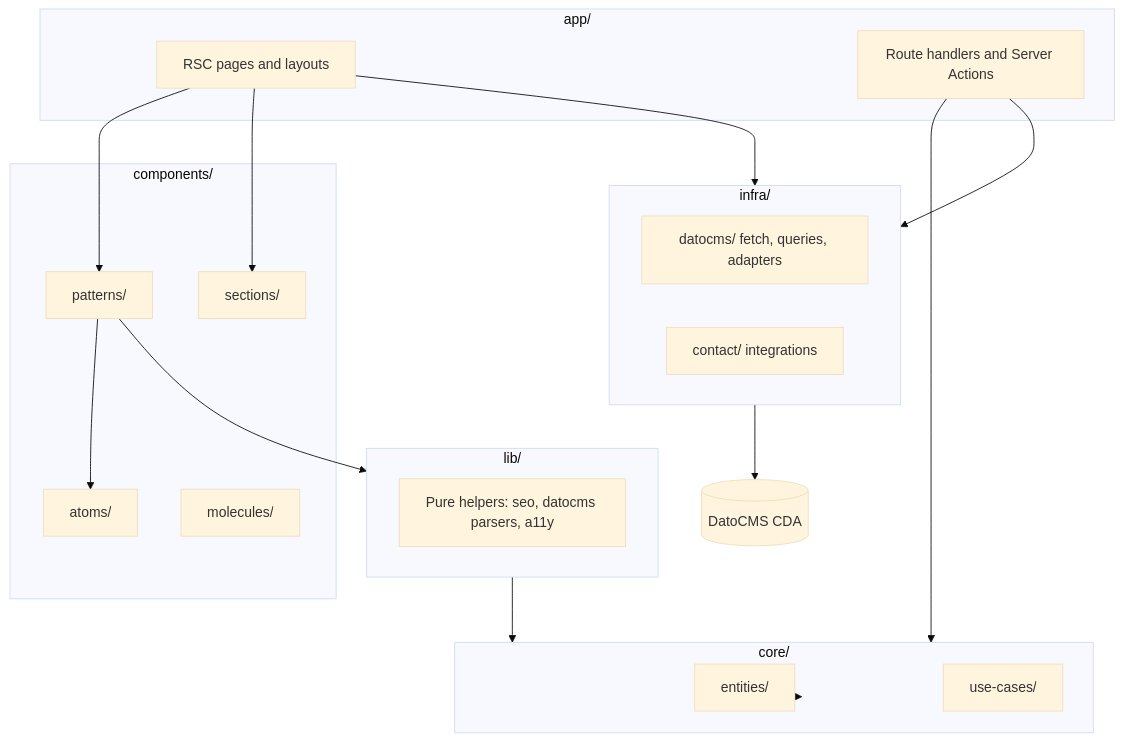
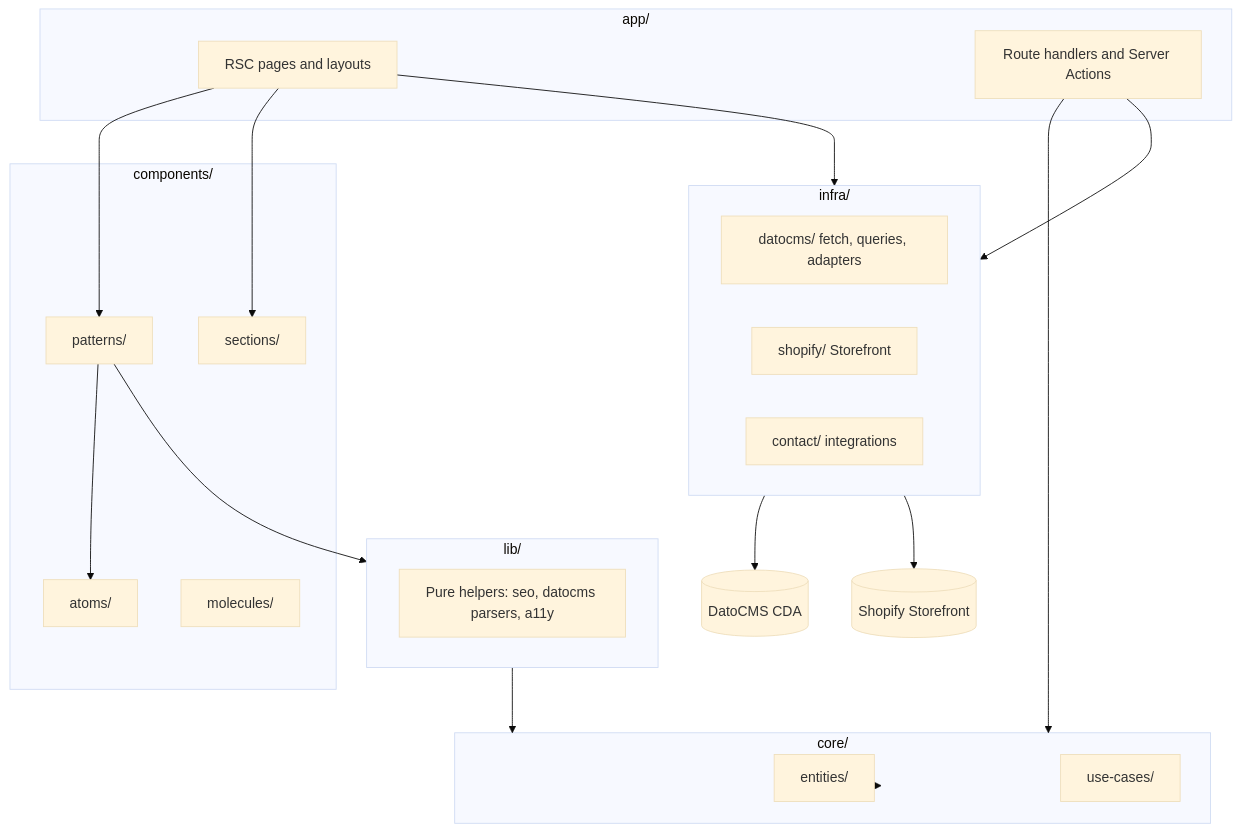
The diagram in docs/ARCHITECTURE.md (ezequiel-da-silva/enterprise-next-datocms), drawn with Mermaid (base theme) before and after one commit. The commit also changed other lines of this file and 41 other files, not shown here.

Commit message:
feat(shopify): integrate Shopify product management; add webhook for product updates and create migration for product page schema; enhance documentation for Shopify integration and update environment variables in .env.example

````diff
--- a/docs/ARCHITECTURE.md
+++ b/docs/ARCHITECTURE.md
@@ -7,41 +7,44 @@
 ```mermaid
 flowchart TB
   subgraph app [app/]
     Pages[RSC pages and layouts]
     API[Route handlers and Server Actions]
   end
 
   subgraph components [components/]
     Atoms[atoms/]
     Molecules[molecules/]
     Patterns[patterns/]
     Sections[sections/]
   end
 
   subgraph lib [lib/]
     Pure[Pure helpers: seo, datocms parsers, a11y]
   end
 
   subgraph core [core/]
     Entities[entities/]
     UseCases[use-cases/]
   end
 
   subgraph infra [infra/]
     Dato[datocms/ fetch, queries, adapters]
+    Shopify[shopify/ Storefront]
     Contact[contact/ integrations]
   end
 
   DatoCMS[(DatoCMS CDA)]
+  ShopifyAPI[(Shopify Storefront)]
 
   Pages --> Patterns
   Pages --> Sections
   Pages --> infra
   API --> core
   API --> infra
   Patterns --> lib
   Patterns --> Atoms
   core --> Entities
   infra --> DatoCMS
+  infra --> ShopifyAPI
   lib --> core
 ```
````
